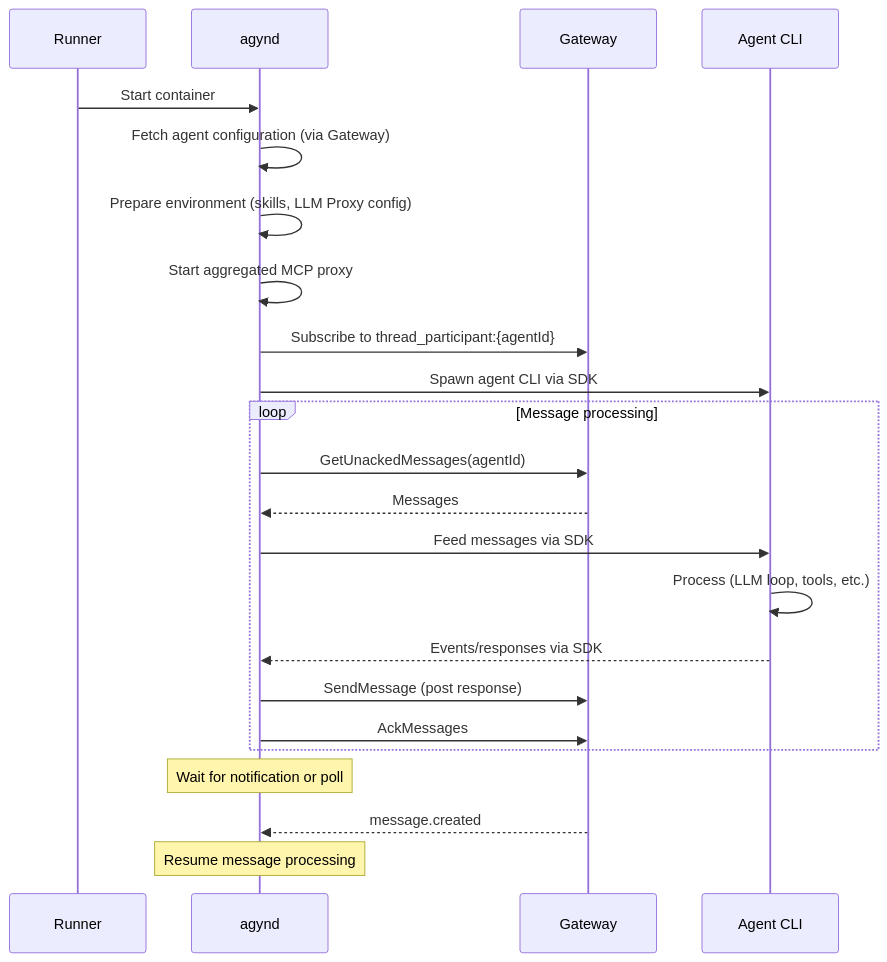
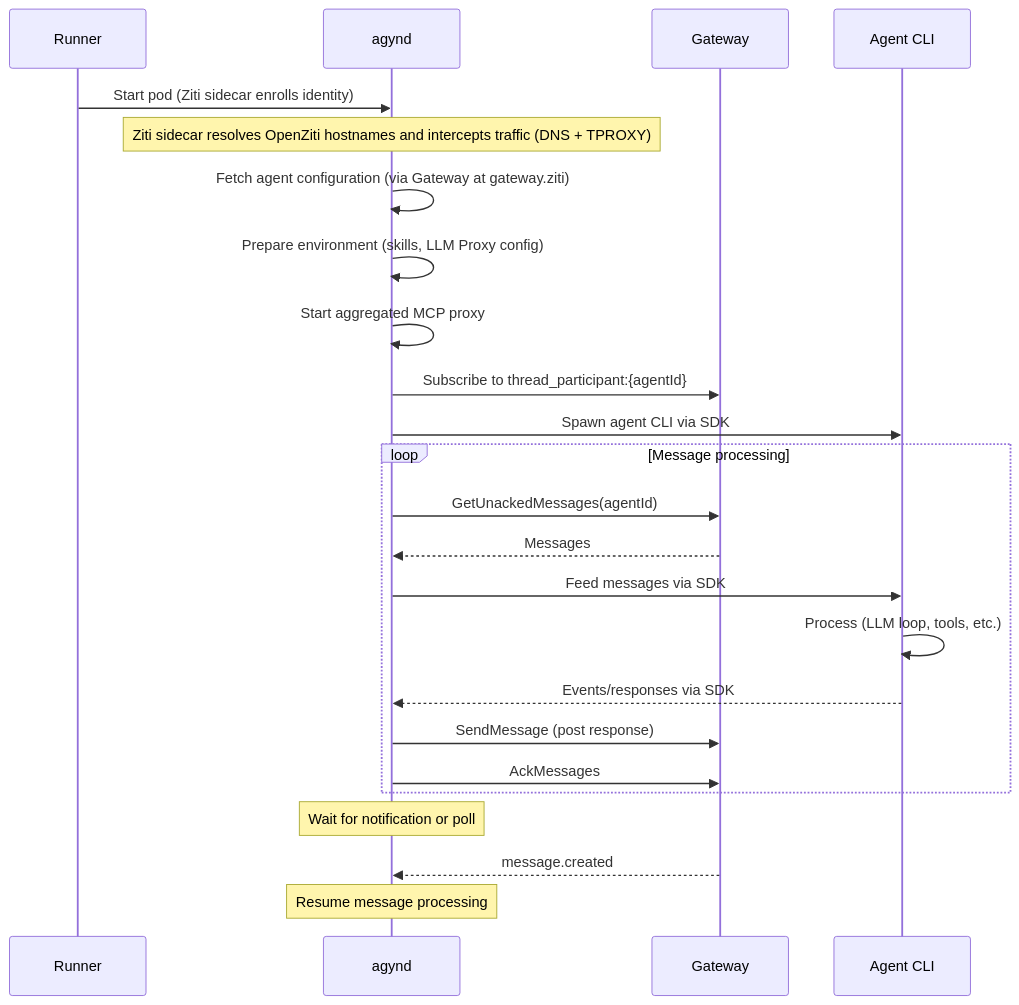
One commit to agynio/architecture changed the second of 2 diagrams in architecture/agynd-cli.md. Above: the diagram before and after it, drawn with Mermaid. The commit also changed other lines of this file and 11 other files, not shown here.

First line of the commit message:
fix: agent containers use Ziti sidecar instead of embedded SDK (#83)

````diff
--- a/architecture/agynd-cli.md
+++ b/architecture/agynd-cli.md
@@ -135,28 +142,29 @@
 ```mermaid
 sequenceDiagram
     participant R as Runner
     participant D as agynd
     participant GW as Gateway
     participant A as Agent CLI
 
-    R->>D: Start container
-    D->>D: Fetch agent configuration (via Gateway)
+    R->>D: Start pod (Ziti sidecar enrolls identity)
+    Note over D: Ziti sidecar resolves OpenZiti hostnames and intercepts traffic (DNS + TPROXY)
+    D->>D: Fetch agent configuration (via Gateway at gateway.ziti)
     D->>D: Prepare environment (skills, LLM Proxy config)
     D->>D: Start aggregated MCP proxy
     D->>GW: Subscribe to thread_participant:{agentId}
     D->>A: Spawn agent CLI via SDK
 
     loop Message processing
         D->>GW: GetUnackedMessages(agentId)
         GW-->>D: Messages
         D->>A: Feed messages via SDK
         A->>A: Process (LLM loop, tools, etc.)
         A-->>D: Events/responses via SDK
         D->>GW: SendMessage (post response)
         D->>GW: AckMessages
     end
 
     Note over D: Wait for notification or poll
     GW-->>D: message.created
     Note over D: Resume message processing
 ```
````
